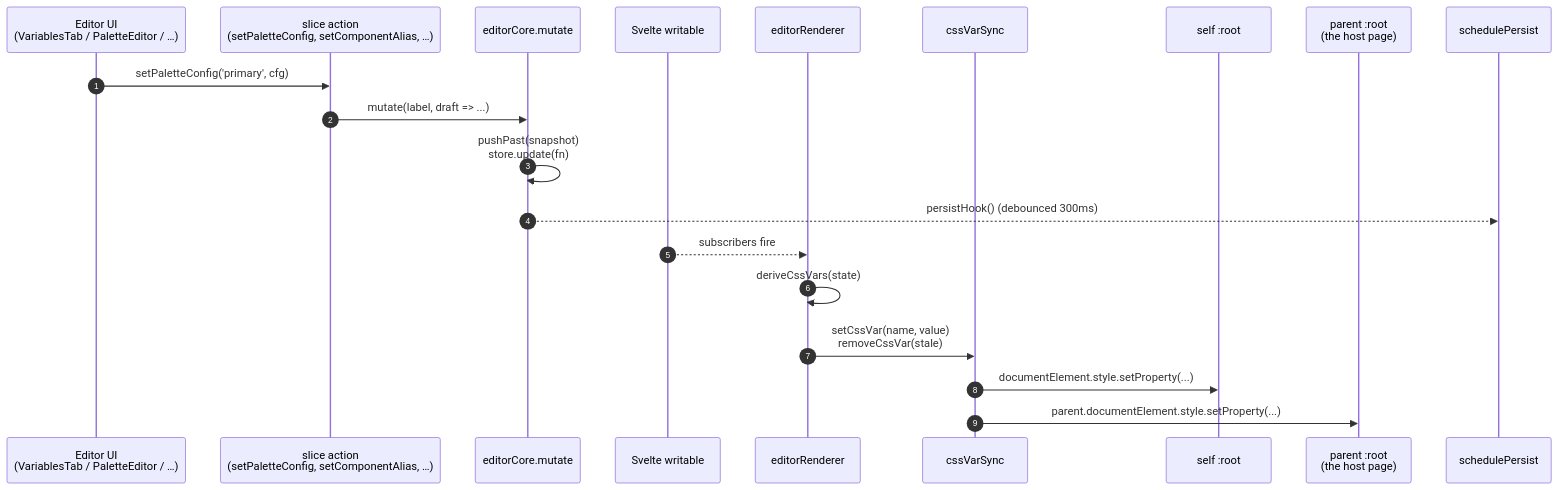
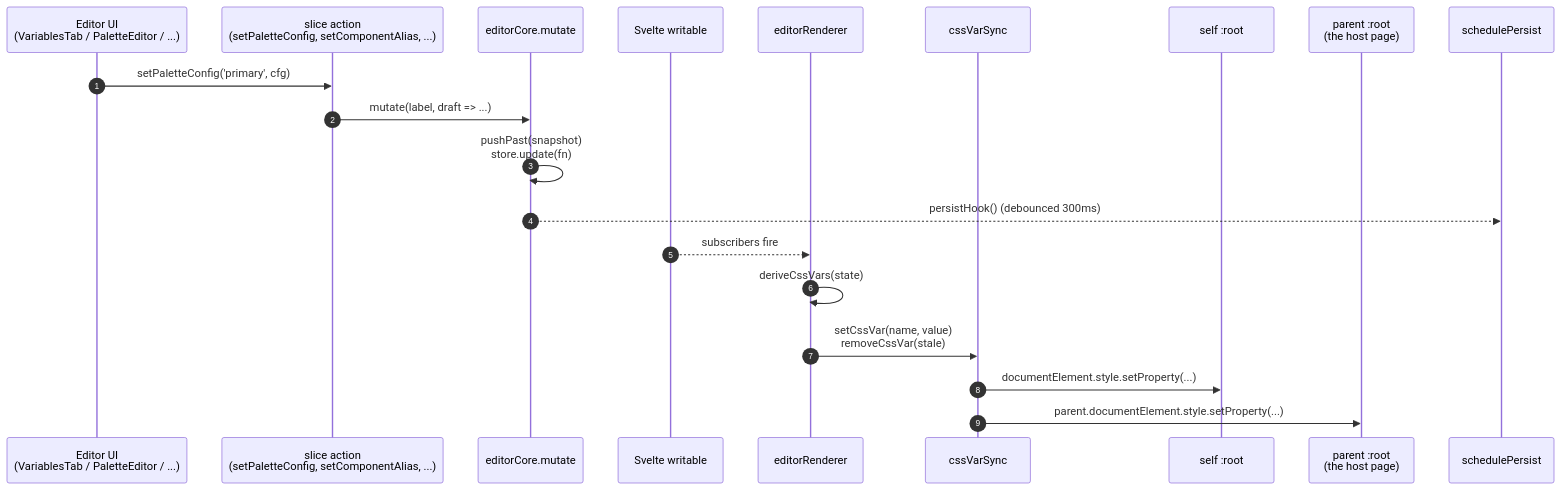
One commit to motionproto/live-tokens changed the third of 6 diagrams in docs/02-architecture.md. Above: the diagram before and after it, drawn with Mermaid. The commit also changed other lines of this file and 30 other files, not shown here.

````diff
--- a/docs/02-architecture.md
+++ b/docs/02-architecture.md
@@ -123,23 +128,23 @@
 ```mermaid
 sequenceDiagram
     autonumber
-    participant UI as Editor UI<br/>(VariablesTab / PaletteEditor / …)
-    participant Slice as slice action<br/>(setPaletteConfig, setComponentAlias, …)
+    participant UI as Editor UI<br/>(VariablesTab / PaletteEditor / ...)
+    participant Slice as slice action<br/>(setPaletteConfig, setComponentAlias, ...)
     participant Core as editorCore.mutate
     participant Store as Svelte writable
     participant Render as editorRenderer
     participant Sync as cssVarSync
     participant Self as self :root
     participant Parent as parent :root<br/>(the host page)
     participant Persist as schedulePersist
 
     UI->>Slice: setPaletteConfig('primary', cfg)
     Slice->>Core: mutate(label, draft => ...)
     Core->>Core: pushPast(snapshot)<br/>store.update(fn)
     Core-->>Persist: persistHook()  (debounced 300ms)
     Store-->>Render: subscribers fire
     Render->>Render: deriveCssVars(state)
     Render->>Sync: setCssVar(name, value)<br/>removeCssVar(stale)
     Sync->>Self: documentElement.style.setProperty(...)
     Sync->>Parent: parent.documentElement.style.setProperty(...)
 ```
````
